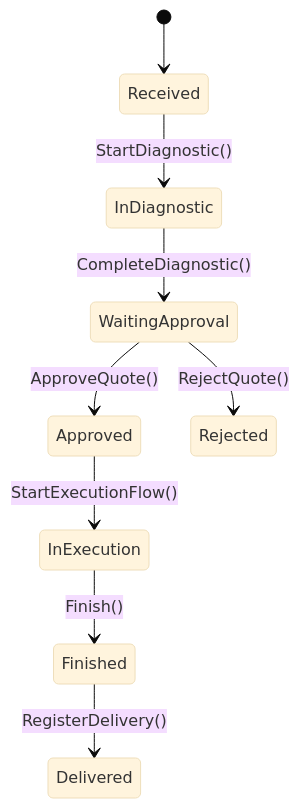
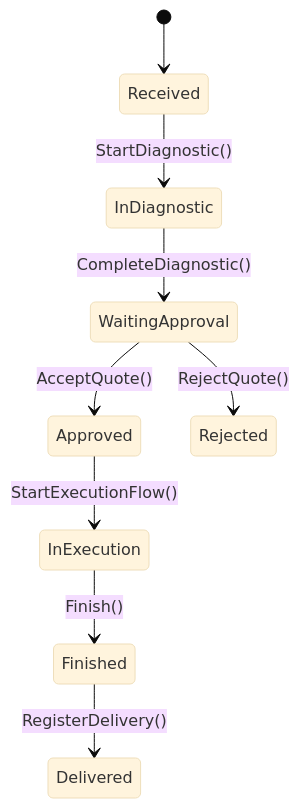
One commit to marcossilvajnr/GarageFlow changed the diagram in docs/specs/V1/aggregates/service-order.md. Above: the diagram before and after it, drawn with Mermaid (base theme). The commit also changed other lines of this file and 4 other files, not shown here.

Commit message:
docs: align canonical specs with implemented stock and service-order flows

````diff
--- a/docs/specs/V1/aggregates/service-order.md
+++ b/docs/specs/V1/aggregates/service-order.md
@@ -82,11 +82,11 @@
 ```mermaid
 stateDiagram-v2
     [*] --> Received
     Received --> InDiagnostic : StartDiagnostic()
     InDiagnostic --> WaitingApproval : CompleteDiagnostic()
-    WaitingApproval --> Approved : ApproveQuote()
+    WaitingApproval --> Approved : AcceptQuote()
     WaitingApproval --> Rejected : RejectQuote()
     Approved --> InExecution : StartExecutionFlow()
     InExecution --> Finished : Finish()
     Finished --> Delivered : RegisterDelivery()
 ```
````
